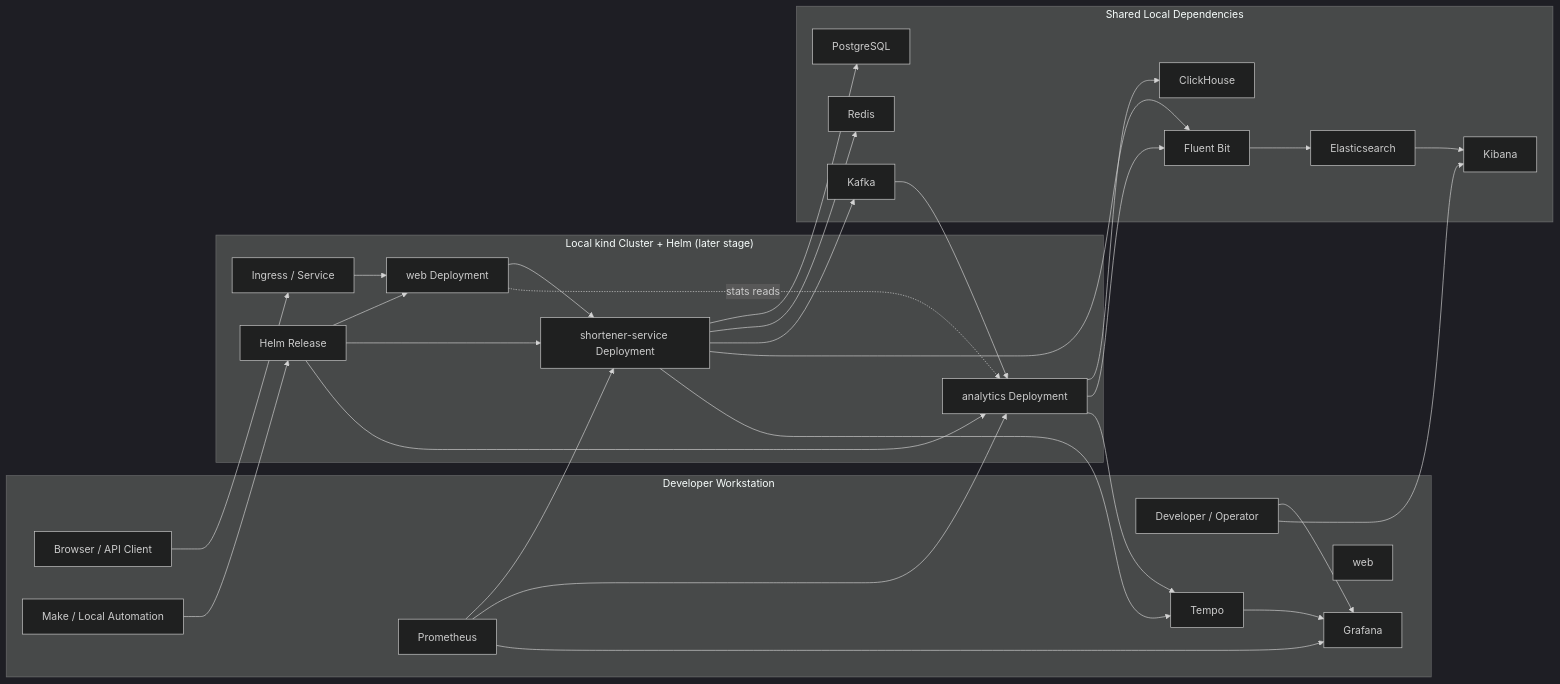
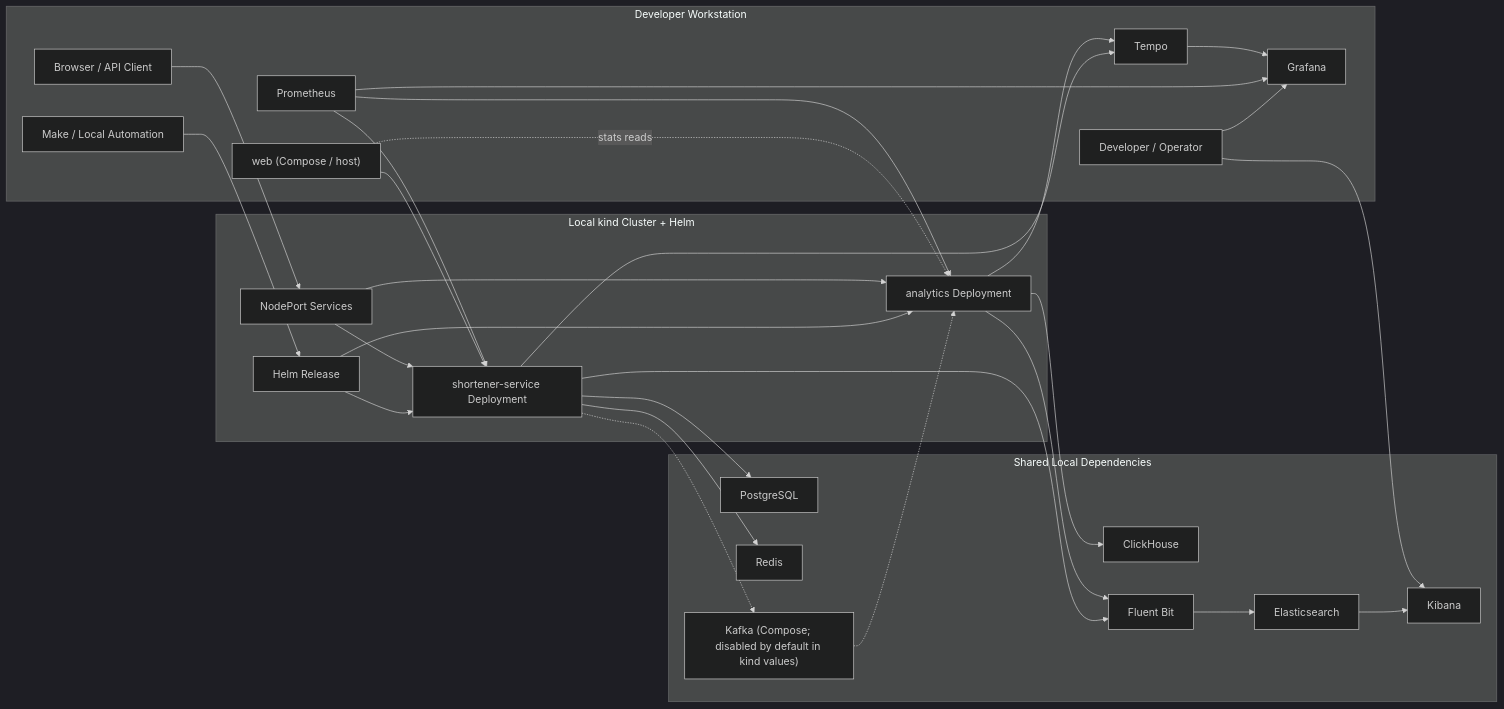
The second of 7 diagrams in docs/system_design.md (fev0ks/sandbox_url_shortener), drawn with Mermaid (dark theme) before and after one commit. The commit also changed other lines of this file and 19 other files, not shown here.

Commit message:
[E12] Add local Kubernetes Helm runtime

````diff
--- a/docs/system_design.md
+++ b/docs/system_design.md
@@ -107,57 +108,56 @@
 ```mermaid
 flowchart LR
     subgraph workstation["Developer Workstation"]
         user["Browser / API Client"]
         operator["Developer / Operator"]
         cli["Make / Local Automation"]
         prom["Prometheus"]
         grafana["Grafana"]
         tempo["Tempo"]
-        web["web"]
+        web["web (Compose / host)"]
     end
 
-    subgraph kind["Local kind Cluster + Helm (later stage)"]
+    subgraph kind["Local kind Cluster + Helm"]
         helm["Helm Release"]
-        ingress["Ingress / Service"]
-        k8s_web["web Deployment"]
+        nodeport["NodePort Services"]
         k8s_shortener["shortener-service Deployment"]
         k8s_analytics["analytics Deployment"]
     end
 
     subgraph deps["Shared Local Dependencies"]
         pg["PostgreSQL"]
         redis["Redis"]
-        kafka["Kafka"]
+        kafka["Kafka (Compose; disabled by default in kind values)"]
         ch["ClickHouse"]
         shipper["Fluent Bit"]
         es["Elasticsearch"]
         kibana["Kibana"]
     end
 
     cli --> helm
-    helm --> k8s_web
     helm --> k8s_shortener
     helm --> k8s_analytics
-    user --> ingress
-    ingress --> k8s_web
-    k8s_web --> k8s_shortener
+    user --> nodeport
+    nodeport --> k8s_shortener
+    nodeport --> k8s_analytics
+    web --> k8s_shortener
 
     k8s_shortener --> pg
     k8s_shortener --> redis
-    k8s_shortener --> kafka
-    k8s_web -.->|stats reads| k8s_analytics
-    kafka --> k8s_analytics
+    k8s_shortener -.-> kafka
+    web -.->|stats reads| k8s_analytics
+    kafka -.-> k8s_analytics
     k8s_analytics --> ch
     k8s_shortener --> shipper
     k8s_analytics --> shipper
     shipper --> es
     es --> kibana
     operator --> grafana
     operator --> kibana
     prom --> k8s_shortener
     prom --> k8s_analytics
     prom --> grafana
     k8s_shortener --> tempo
     k8s_analytics --> tempo
     tempo --> grafana
 ```
````
